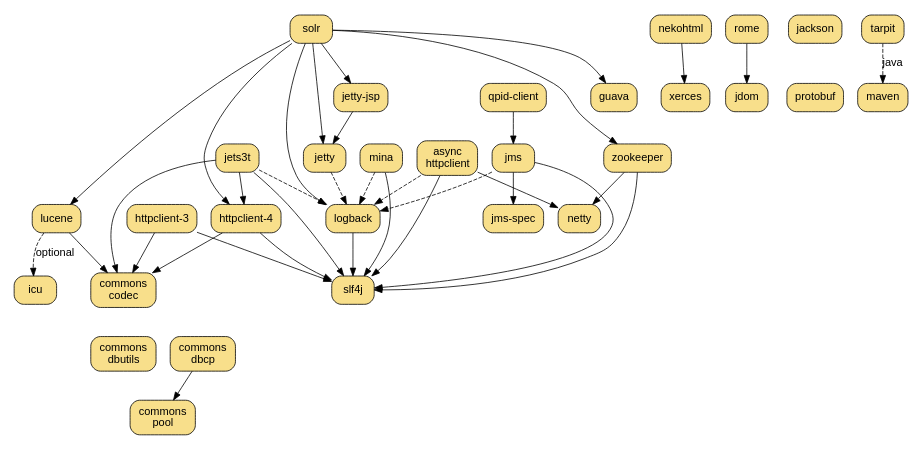
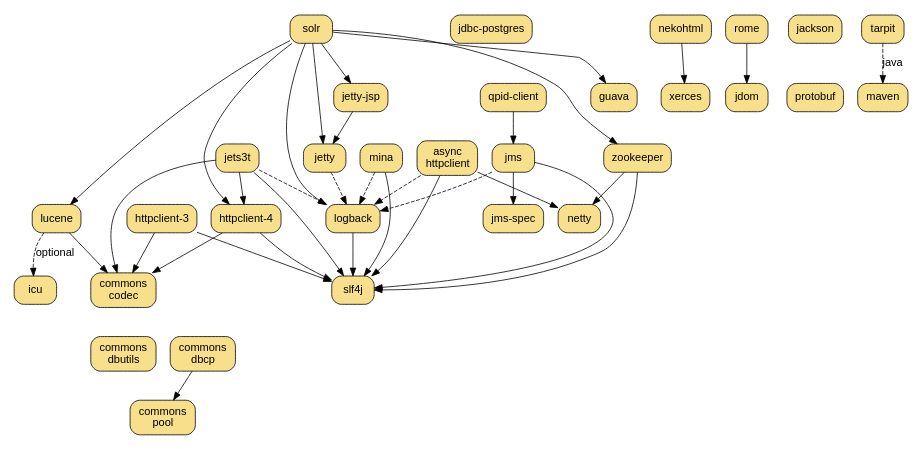
Before and after one commit to dekellum/rjack: the diagram in www/rjack.dot, drawn with Graphviz. The commit also changed 1 other file, not shown here.

Commit message:
postgres: Add gem to www diagram and index

```diff
--- a/www/rjack.dot
+++ b/www/rjack.dot
@@ -1,127 +1,129 @@
 digraph "RJack Gem Dependency Graph" {
   bgcolor="transparent";
   rankdir=TB;
   size="7.0,6.5";
   node [ shape=box, style="filled,rounded", fillcolor="#f8df8b",
          fontname="Arial", margin="0.15,0.1" ];
   edge [ fontname="Arial" ];
 
   "solr"          [ target=_parent, URL="solr/" ];
   "lucene"        [ target=_parent, URL="lucene/" ];
 
   "jets3t"        [ target=_parent, URL="jets3t/" ];
 
   "httpclient-3"  [ target=_parent, URL="httpclient-3/" ];
   "httpclient-4"  [ target=_parent, URL="httpclient-4/" ];
 
   "icu"           [ target=_parent, URL="icu/" ];
 
   "jetty"         [ target=_parent, URL="jetty/" ];
   "jetty-jsp"     [ target=_parent, URL="jetty-jsp/" ];
 
   "slf4j"         [ target=_parent, URL="slf4j/", group=log ];
   "logback"       [ target=_parent, URL="logback/", group=log ];
 
   "commons-codec" [ label=<commons<br/>codec>
                     target=_parent, URL="commons-codec/", group=commons ];
 
   "jms-spec"      [ target=_parent, URL="jms-spec/", group=net ];
   "jms"           [ target=_parent, URL="jms/", group=net ];
   "mina"          [ target=_parent, URL="mina/", group=net ];
   "qpid-client"   [ target=_parent, URL="qpid-client/", group=net ];
 
   "async-httpclient" [ label=<async<br/>httpclient>
                        target=_parent, URL="async-httpclient/" ];
 
   "netty"         [ target=_parent, URL="netty/", group=net ];
   "zookeeper"     [ target=_parent, URL="zookeeper/" ];
   "guava"         [ target=_parent, URL="guava/" ];
+
+  "jdbc-postgres" [ target=_parent, URL="jdbc-postgres/" ];
 
   subgraph cluster_db {
     style=invis
     "commons-dbcp"    [ label=<commons<br/>dbcp>
                         target=_parent, URL="commons-dbcp/", group=commons ];
     "commons-dbutils" [ label=<commons<br/>dbutils>
                         target=_parent, URL="commons-dbutils/", group=commons ];
     "commons-pool"    [ label=<commons<br/>pool>
                         target=_parent, URL="commons-pool/", group=commons ];
   }
   subgraph cluster_xml {
     style=invis
 
     "rome"          [ target=_parent, URL="rome/", group=ml ];
     "jdom"          [ target=_parent, URL="jdom/", group=ml ];
     "nekohtml"      [ target=_parent, URL="nekohtml/", group=ml ];
     "xerces"        [ target=_parent, URL="xerces/", group=ml ];
 
     "rome" -> "xerces" [ style=invis ];
   }
 
   subgraph cluster_ser {
     style=invis
     "jackson"       [ target=_parent, URL="jackson/", group=ser ];
     "protobuf"      [ target=_parent, URL="protobuf/", group=ser ];
     "jackson" -> "protobuf" [ style=invis ];
   }
 
   "tarpit"        [ target=_parent, URL="tarpit/" ];
   "maven"         [ target=_parent, URL="maven/" ];
 
   "commons-dbcp" -> "commons-pool";
   "commons-dbutils" -> "commons-pool" [ style=invis ];
 
   "tarpit"       -> "maven" [ style=dashed, label="java" ];
 
   "jets3t"       -> "logback" [ style=dashed ];
   "jets3t"       -> "httpclient-4";
   "jets3t"       -> "commons-codec";
   "jets3t"       -> "slf4j";
 
   "rome"         -> "jdom"
   "nekohtml"     -> "xerces"
 
   "httpclient-3"   -> "commons-codec";
   "httpclient-4"   -> "commons-codec";
 #  "httpclient"   -> "logback" [ style=dashed ];
   "httpclient-3"   -> "slf4j";
   "httpclient-4"   -> "slf4j";
 
   "jetty-jsp"    -> "jetty";
   "jetty"        -> "logback" [ style=dashed ];
 #  "jetty"        -> "slf4j"   [ style=dashed ];
 
   "logback"      -> "slf4j";
 
   "jms"          -> "jms-spec";
   "jms"          -> "slf4j";
   "jms"          -> "logback" [ style=dashed ];
 
   "mina"         -> "slf4j";
   "mina"         -> "logback" [ style=dashed ];
 
   "qpid-client"  -> "jms";
 #  "qpid-client"  -> "slf4j";
 #  "qpid-client"  -> "logback" [ style=dashed ];
 
   "async-httpclient" -> "slf4j"
   "async-httpclient" -> "logback" [ style=dashed ];
 
   "lucene" -> "commons-codec"
   "lucene" -> "icu"           [ style=dashed, label="optional" ];
 
   "solr"   -> "lucene"
   "solr"   -> "jetty"
   "solr"   -> "jetty-jsp"
   "solr"   -> "httpclient-4"
   "solr"   -> "logback";
 #  "solr"   -> "slf4j"
 
 # for association only
   "commons-codec" -> "commons-dbutils" [ style=invis ];
 
   "solr"   -> "guava"
   "solr"   -> "zookeeper"
   "zookeeper" -> "netty"
   "zookeeper" -> "slf4j"
   "async-httpclient" -> "netty"
 }
```
